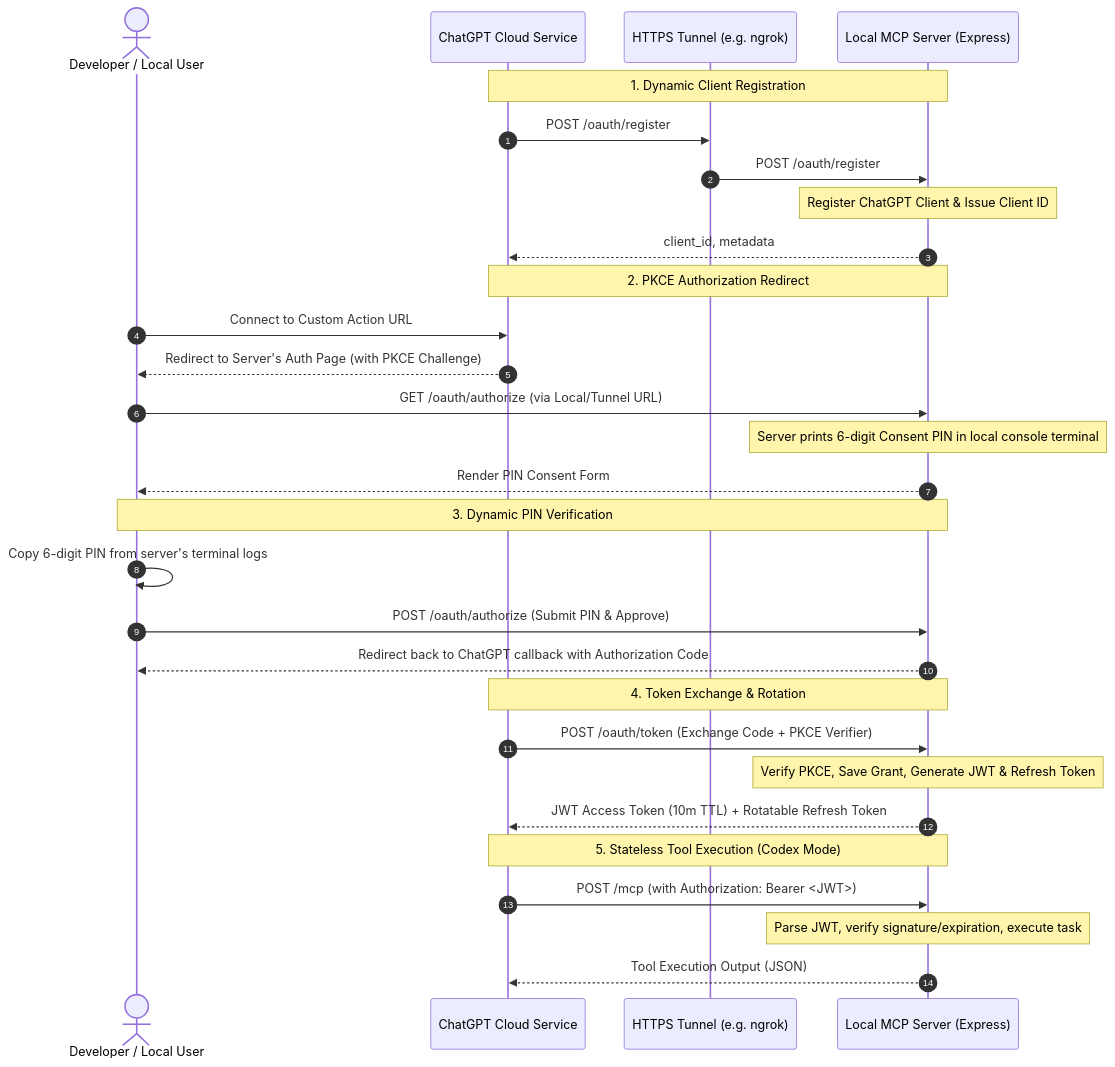
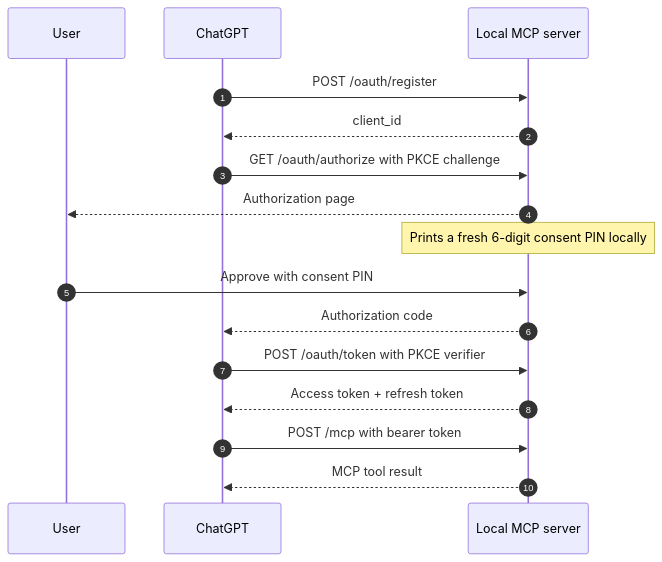
The second of 2 diagrams in README.md (DevDeepakBhattarai/win-codex), drawn with Mermaid before and after one commit. The commit also changed other lines of this file and 3 other files, not shown here.

````diff
--- a/README.md
+++ b/README.md
@@ -42,36 +66,19 @@
 ```mermaid
 sequenceDiagram
     autonumber
-    actor User as Developer / Local User
-    participant GPT as ChatGPT Cloud Service
-    participant Tun as HTTPS Tunnel (e.g. ngrok)
-    participant Server as Local MCP Server (Express)
+    participant User
+    participant GPT as ChatGPT
+    participant Server as Local MCP server
 
-    Note over GPT, Server: 1. Dynamic Client Registration
-    GPT->>Tun: POST /oauth/register
-    Tun->>Server: POST /oauth/register
-    Note over Server: Register ChatGPT Client & Issue Client ID
-    Server-->>GPT: client_id, metadata
-
-    Note over GPT, Server: 2. PKCE Authorization Redirect
-    User->>GPT: Connect to Custom Action URL
-    GPT-->>User: Redirect to Server's Auth Page (with PKCE Challenge)
-    User->>Server: GET /oauth/authorize (via Local/Tunnel URL)
-    Note over Server: Server prints 6-digit Consent PIN in local console terminal
-    Server-->>User: Render PIN Consent Form
-
-    Note over User, Server: 3. Dynamic PIN Verification
-    User->>User: Copy 6-digit PIN from server's terminal logs
-    User->>Server: POST /oauth/authorize (Submit PIN & Approve)
-    Server-->>User: Redirect back to ChatGPT callback with Authorization Code
-
-    Note over GPT, Server: 4. Token Exchange & Rotation
-    GPT->>Server: POST /oauth/token (Exchange Code + PKCE Verifier)
-    Note over Server: Verify PKCE, Save Grant, Generate JWT & Refresh Token
-    Server-->>GPT: JWT Access Token (10m TTL) + Rotatable Refresh Token
-
-    Note over GPT, Server: 5. Stateless Tool Execution (Codex Mode)
-    GPT->>Server: POST /mcp (with Authorization: Bearer <JWT>)
-    Note over Server: Parse JWT, verify signature/expiration, execute task
-    Server-->>GPT: Tool Execution Output (JSON)
+    GPT->>Server: POST /oauth/register
+    Server-->>GPT: client_id
+    GPT->>Server: GET /oauth/authorize with PKCE challenge
+    Server-->>User: Authorization page
+    Note over Server: Prints a fresh 6-digit consent PIN locally
+    User->>Server: Approve with consent PIN
+    Server-->>GPT: Authorization code
+    GPT->>Server: POST /oauth/token with PKCE verifier
+    Server-->>GPT: Access token + refresh token
+    GPT->>Server: POST /mcp with bearer token
+    Server-->>GPT: MCP tool result
 ```
````
